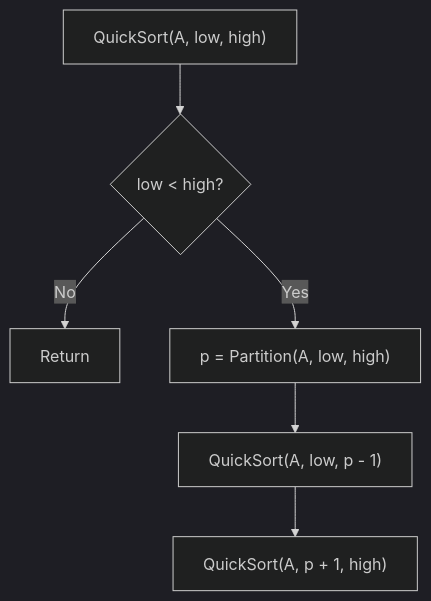
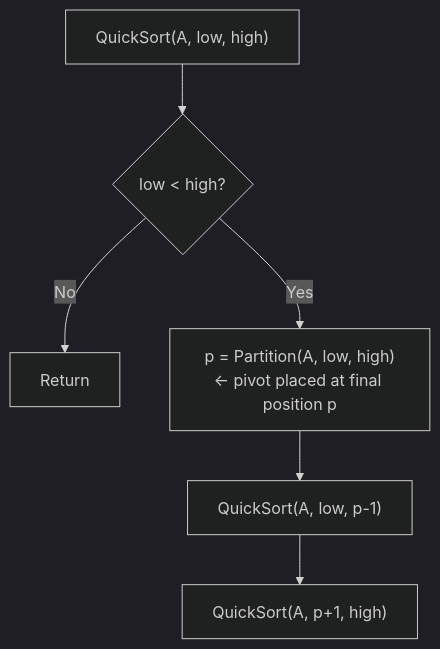
The fourth of 6 diagrams in notes/design_and_analysis_of_algorithms/Unit_03_Recurrence_and_Divide_Conquer.md (DeepLumiere/DeepSkills), drawn with Mermaid (dark theme) before and after one commit. The commit also changed other lines of this file and 1 other file, not shown here.

````diff
--- a/notes/design_and_analysis_of_algorithms/Unit_03_Recurrence_and_Divide_Conquer.md
+++ b/notes/design_and_analysis_of_algorithms/Unit_03_Recurrence_and_Divide_Conquer.md
@@ -756,15 +523,8 @@
 ```mermaid
-
 flowchart TD
-
-    Start["QuickSort(A, low, high)"] --> Check{"low < high?"}
-
-    Check -- No --> Ret["Return"]
-
-    Check -- Yes --> Part["p = Partition(A, low, high)"]
-
-    Part --> RecL["QuickSort(A, low, p - 1)"]
-
-    RecL --> RecR["QuickSort(A, p + 1, high)"]
-
+    QS["QuickSort(A, low, high)"] --> C{"low < high?"}
+    C -- No --> R["Return"]
+    C -- Yes --> P["p = Partition(A, low, high)\n← pivot placed at final position p"]
+    P --> QL["QuickSort(A, low, p-1)"]
+    QL --> QR["QuickSort(A, p+1, high)"]
 ```
````
